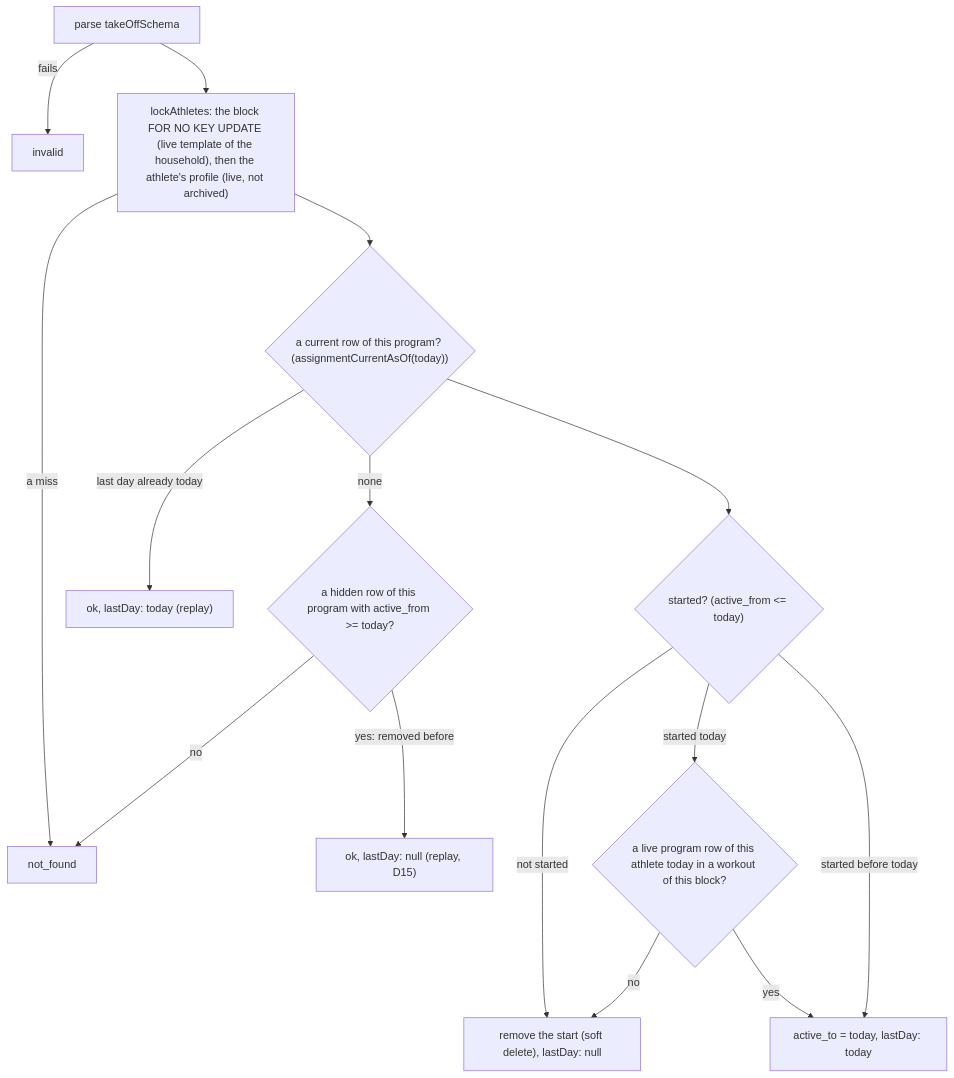
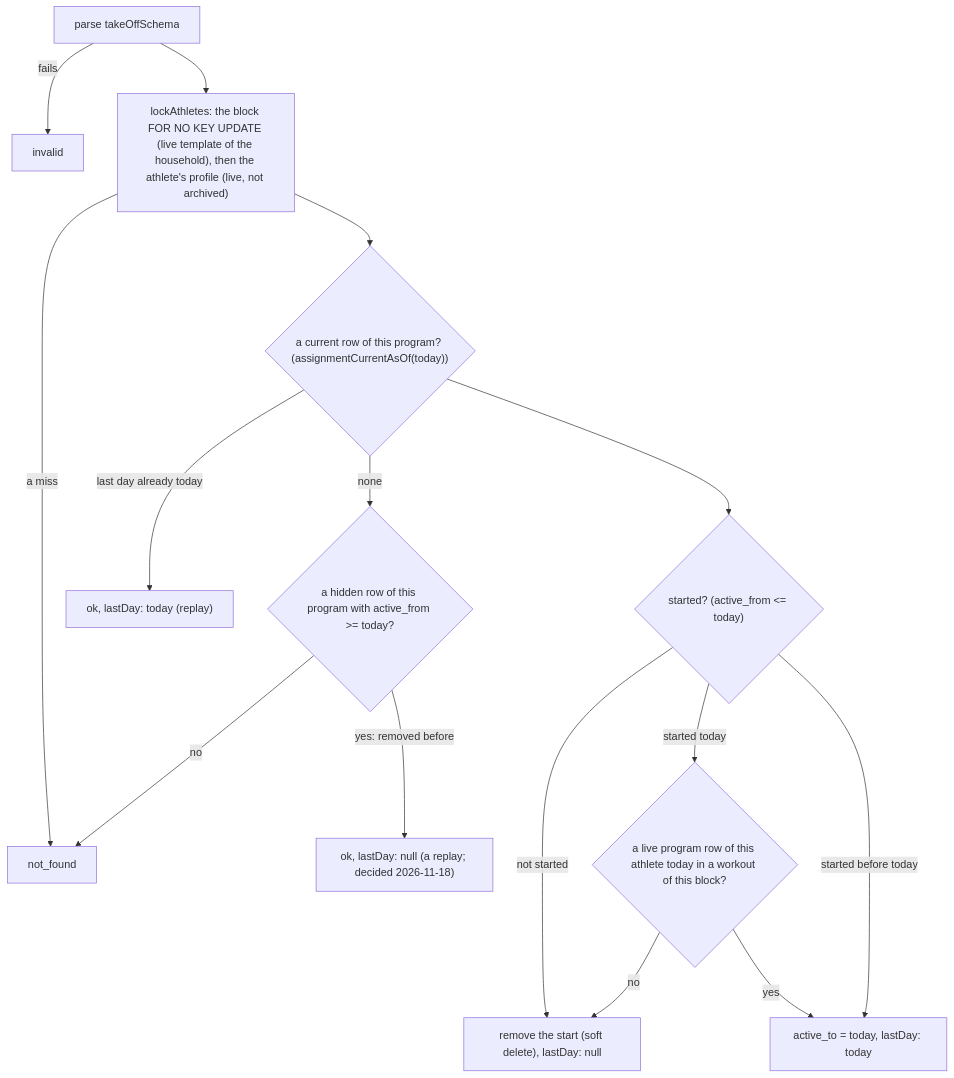
One commit to ralamode/mat-plan changed the diagram in docs/plans/fam-1-6d-i-take-off.md. Above: the diagram before and after it, drawn with Mermaid. The commit also changed other lines of this file and 6 other files, not shown here.

First line of the commit message:
fix(fam-1-6d-i): only a last day of today is a replay; logged days and wrong owners are proved

````diff
--- a/docs/plans/fam-1-6d-i-take-off.md
+++ b/docs/plans/fam-1-6d-i-take-off.md
@@ -16,17 +16,17 @@
 ```mermaid
 flowchart TD
   P[parse takeOffSchema] -->|fails| I[invalid]
   P --> B["lockAthletes: the block FOR NO KEY UPDATE (live template of the household), then the athlete's profile (live, not archived)"]
   B -->|a miss| N[not_found]
   B --> C{"a current row of this program? (assignmentCurrentAsOf(today))"}
   C -->|none| R{"a hidden row of this program with active_from >= today?"}
-  R -->|yes: removed before| RN["ok, lastDay: null (replay, D15)"]
+  R -->|yes: removed before| RN["ok, lastDay: null (a replay; decided 2026-11-18)"]
   R -->|no| N
   C -->|last day already today| RT["ok, lastDay: today (replay)"]
   C --> S{"started? (active_from <= today)"}
   S -->|not started| DEL["remove the start (soft delete), lastDay: null"]
   S -->|started today| L{"a live program row of this athlete today in a workout of this block?"}
   L -->|no| DEL
   L -->|yes| END
   S -->|started before today| END["active_to = today, lastDay: today"]
 ```
````
